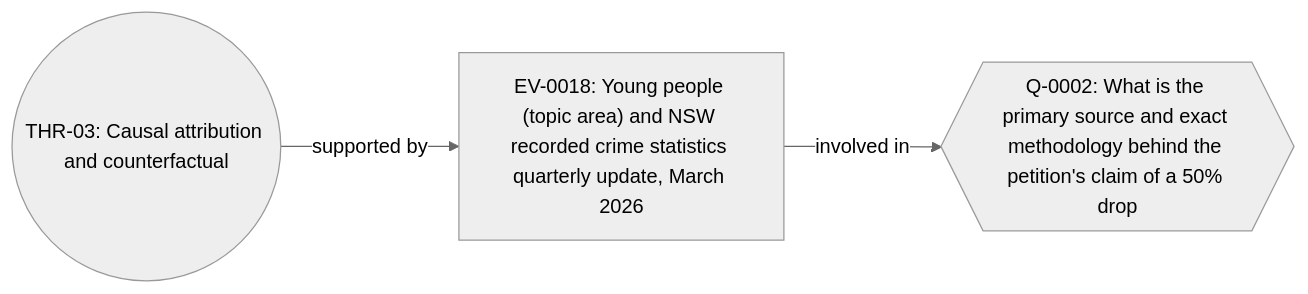
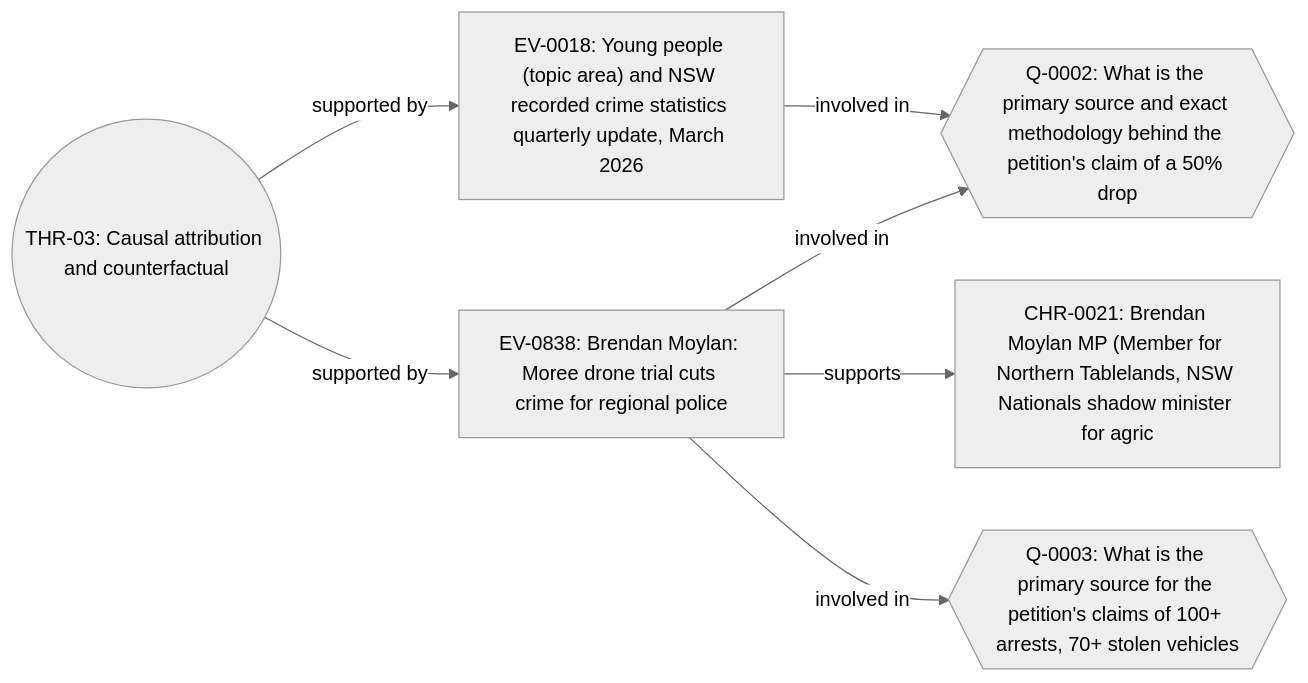
Diagram 18 of 34 in docs/RELATIONSHIP_MAP.md (mayhem82/mayhem-investigations), drawn with Mermaid (neutral theme) before and after one commit. The commit also changed other lines of this file, not shown here.

````diff
--- a/docs/RELATIONSHIP_MAP.md
+++ b/docs/RELATIONSHIP_MAP.md
@@ -573,8 +579,15 @@
 ```mermaid
 flowchart LR
   DFAPTI_MNC_2026_00001_THRD_THR_03(("THR-03: Causal attribution and counterfactual"))
   DFAPTI_MNC_2026_00001_EVID_EV_0018["EV-0018: Young people (topic area) and NSW recorded crime statistics quarterly update, March 2026"]
+  DFAPTI_MNC_2026_00001_EVID_EV_0838["EV-0838: Brendan Moylan: Moree drone trial cuts crime for regional police"]
   DFAPTI_MNC_2026_00001_QUES_Q_0002{{"Q-0002: What is the primary source and exact methodology behind the petition's claim of a 50% drop"}}
+  DFAPTI_MNC_2026_00001_CHRO_CHR_0021["CHR-0021: Brendan Moylan MP (Member for Northern Tablelands, NSW Nationals shadow minister for agric"]
+  DFAPTI_MNC_2026_00001_QUES_Q_0003{{"Q-0003: What is the primary source for the petition's claims of 100+ arrests, 70+ stolen vehicles "}}
   DFAPTI_MNC_2026_00001_THRD_THR_03 -- "supported by" --> DFAPTI_MNC_2026_00001_EVID_EV_0018
+  DFAPTI_MNC_2026_00001_THRD_THR_03 -- "supported by" --> DFAPTI_MNC_2026_00001_EVID_EV_0838
   DFAPTI_MNC_2026_00001_EVID_EV_0018 -- "involved in" --> DFAPTI_MNC_2026_00001_QUES_Q_0002
+  DFAPTI_MNC_2026_00001_EVID_EV_0838 -- "supports" --> DFAPTI_MNC_2026_00001_CHRO_CHR_0021
+  DFAPTI_MNC_2026_00001_EVID_EV_0838 -- "involved in" --> DFAPTI_MNC_2026_00001_QUES_Q_0002
+  DFAPTI_MNC_2026_00001_EVID_EV_0838 -- "involved in" --> DFAPTI_MNC_2026_00001_QUES_Q_0003
 ```
````
